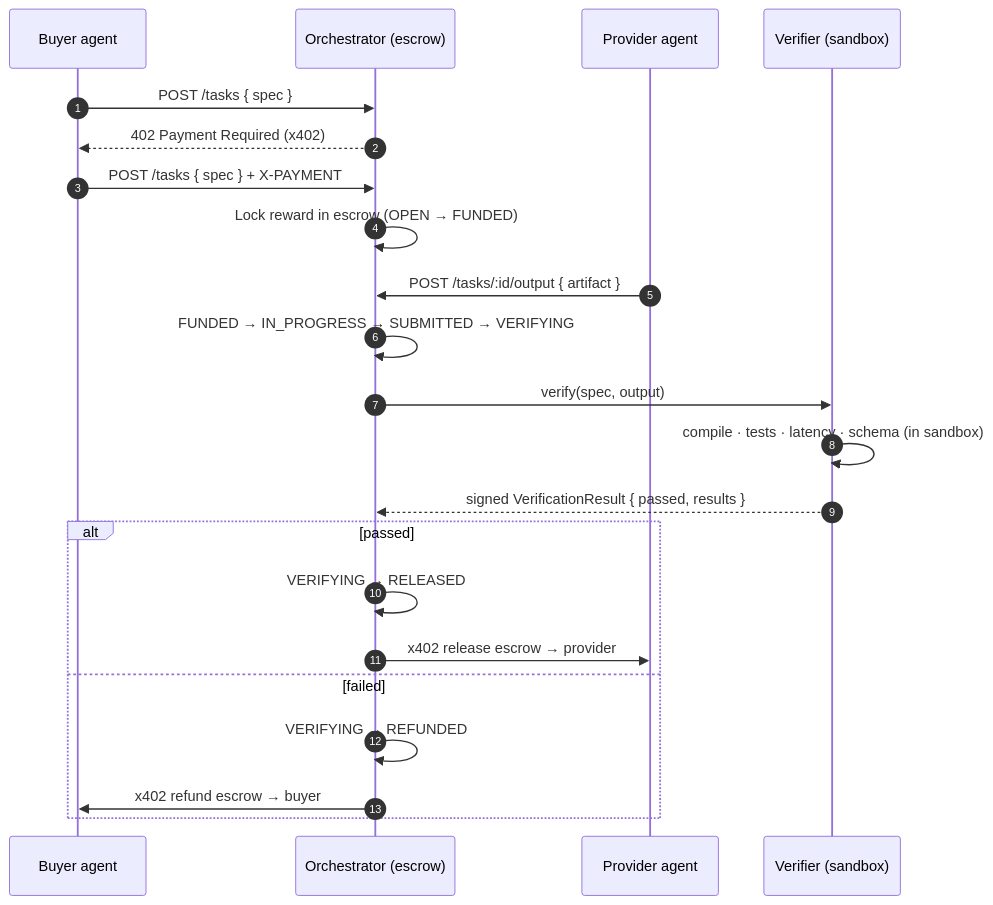
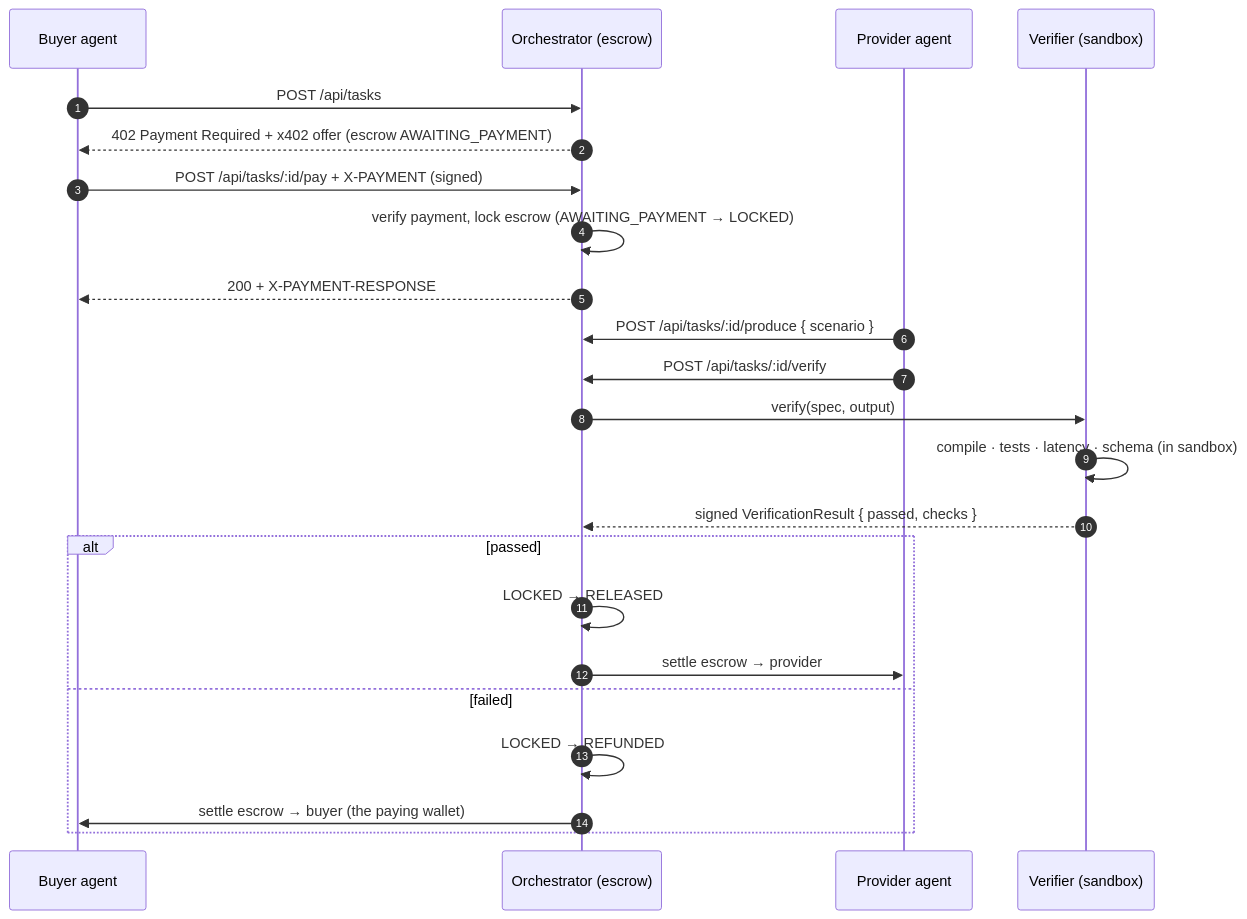
Before and after one commit to pushkarverse/TOKENPACT: the second of 3 diagrams in docs/architecture.md, drawn with Mermaid. The commit also changed other lines of this file and 32 other files, not shown here.

Commit message:
implement initial project structure and token-gated escrow verification framework

````diff
--- a/docs/architecture.md
+++ b/docs/architecture.md
@@ -40,25 +40,26 @@
 ```mermaid
 sequenceDiagram
     autonumber
     participant B as Buyer agent
     participant O as Orchestrator (escrow)
     participant P as Provider agent
     participant V as Verifier (sandbox)
 
-    B->>O: POST /tasks { spec }
-    O-->>B: 402 Payment Required (x402)
-    B->>O: POST /tasks { spec } + X-PAYMENT
-    O->>O: Lock reward in escrow  (OPEN → FUNDED)
-    P->>O: POST /tasks/:id/output { artifact }
-    O->>O: FUNDED → IN_PROGRESS → SUBMITTED → VERIFYING
+    B->>O: POST /api/tasks
+    O-->>B: 402 Payment Required + x402 offer  (escrow AWAITING_PAYMENT)
+    B->>O: POST /api/tasks/:id/pay + X-PAYMENT (signed)
+    O->>O: verify payment, lock escrow  (AWAITING_PAYMENT → LOCKED)
+    O-->>B: 200 + X-PAYMENT-RESPONSE
+    P->>O: POST /api/tasks/:id/produce { scenario }
+    P->>O: POST /api/tasks/:id/verify
     O->>V: verify(spec, output)
     V->>V: compile · tests · latency · schema  (in sandbox)
-    V-->>O: signed VerificationResult { passed, results }
+    V-->>O: signed VerificationResult { passed, checks }
     alt passed
-        O->>O: VERIFYING → RELEASED
-        O->>P: x402 release escrow → provider
+        O->>O: LOCKED → RELEASED
+        O->>P: settle escrow → provider
     else failed
-        O->>O: VERIFYING → REFUNDED
-        O->>B: x402 refund escrow → buyer
+        O->>O: LOCKED → REFUNDED
+        O->>B: settle escrow → buyer (the paying wallet)
     end
 ```
````
